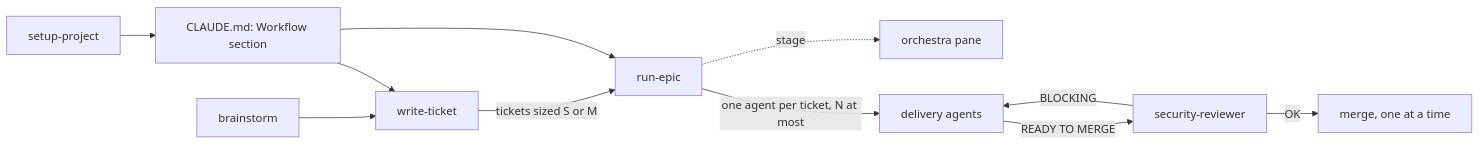
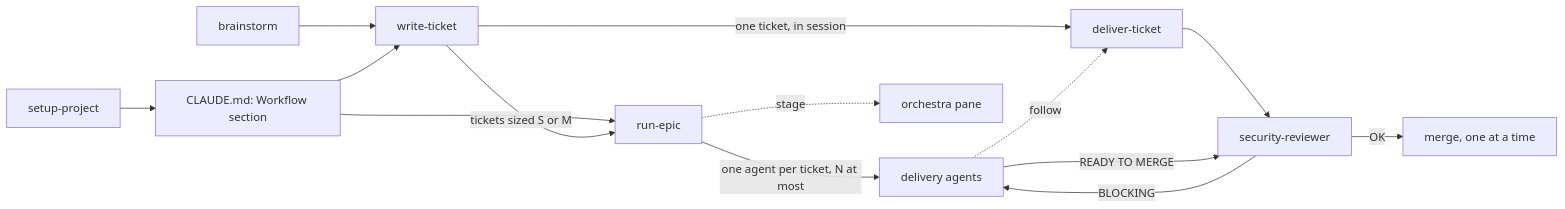
One commit to Xavier-Cliquennois/claude-ticket-flow changed the diagram in README.md. Above: the diagram before and after it, drawn with Mermaid. The commit also changed other lines of this file and 15 other files, not shown here.

First line of the commit message:
feat: ajoute deliver-ticket, le mode liste de run-epic et le suivi des commandes dans orchestra

````diff
--- a/README.md
+++ b/README.md
@@ -38,13 +39,16 @@
 ```mermaid
 flowchart LR
   S["setup-project"] --> C["CLAUDE.md: Workflow section"]
   B["brainstorm"] --> W["write-ticket"]
   C --> W
   C --> E["run-epic"]
   W -->|"tickets sized S or M"| E
+  W -->|"one ticket, in session"| D["deliver-ticket"]
+  D --> R
   E -->|"one agent per ticket, N at most"| A["delivery agents"]
+  A -.->|"follow"| D
   A -->|"READY TO MERGE"| R["security-reviewer"]
   R -->|"OK"| M["merge, one at a time"]
   R -->|"BLOCKING"| A
   E -.->|"stage"| O["orchestra pane"]
 ```
````
